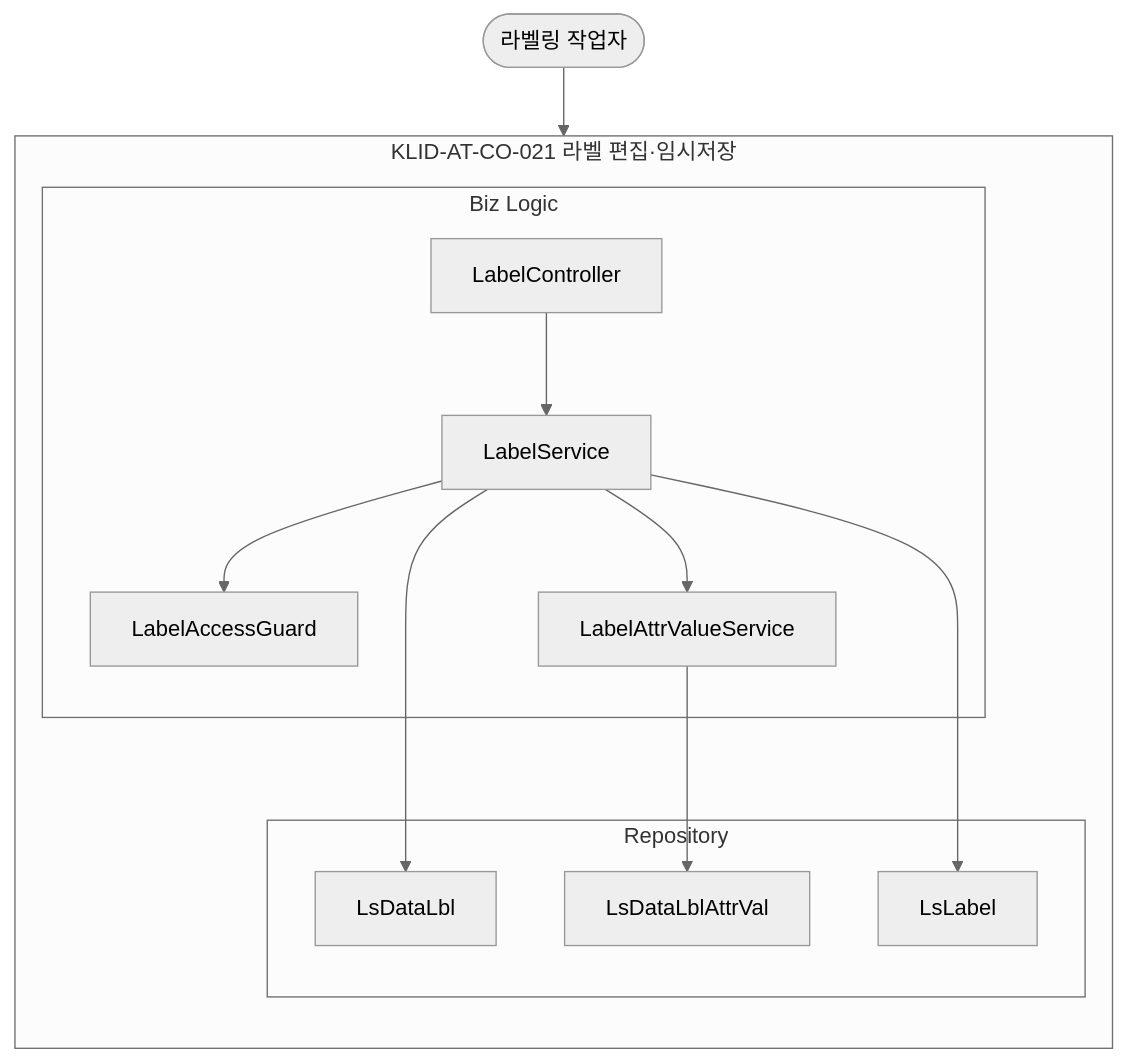
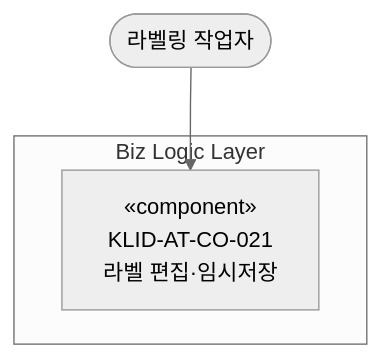
One commit to New-stella/klid-label changed diagram 16 of 18 in docs/design/D3-컴포넌트설계서.md. Above: the diagram before and after it, drawn with Mermaid (neutral theme). The commit also changed other lines of this file and 10 other files, not shown here.

````diff
--- a/docs/design/D3-컴포넌트설계서.md
+++ b/docs/design/D3-컴포넌트설계서.md
@@ -499,25 +323,8 @@
 ```mermaid
 flowchart TD
     WORKER([라벨링 작업자])
-    subgraph CO021[KLID-AT-CO-021 라벨 편집·임시저장]
-        direction TB
-        subgraph BIZ21[Biz Logic]
-            LC21[LabelController]
-            LS21[LabelService]
-            LAG21[LabelAccessGuard]
-            LAV[LabelAttrValueService]
-        end
-        subgraph REP21[Repository]
-            LBL21[LsDataLbl]
-            ATV[LsDataLblAttrVal]
-            LBM[LsLabel]
-        end
-        LC21 --> LS21
-        LS21 --> LAG21
-        LS21 --> LAV
-        LS21 --> LBL21
-        LAV --> ATV
-        LS21 --> LBM
+    subgraph BIZ21[Biz Logic Layer]
+        CO021["«component»<br/>KLID-AT-CO-021<br/>라벨 편집·임시저장"]
     end
-    WORKER --> LC21
+    WORKER --> CO021
 ```
````
